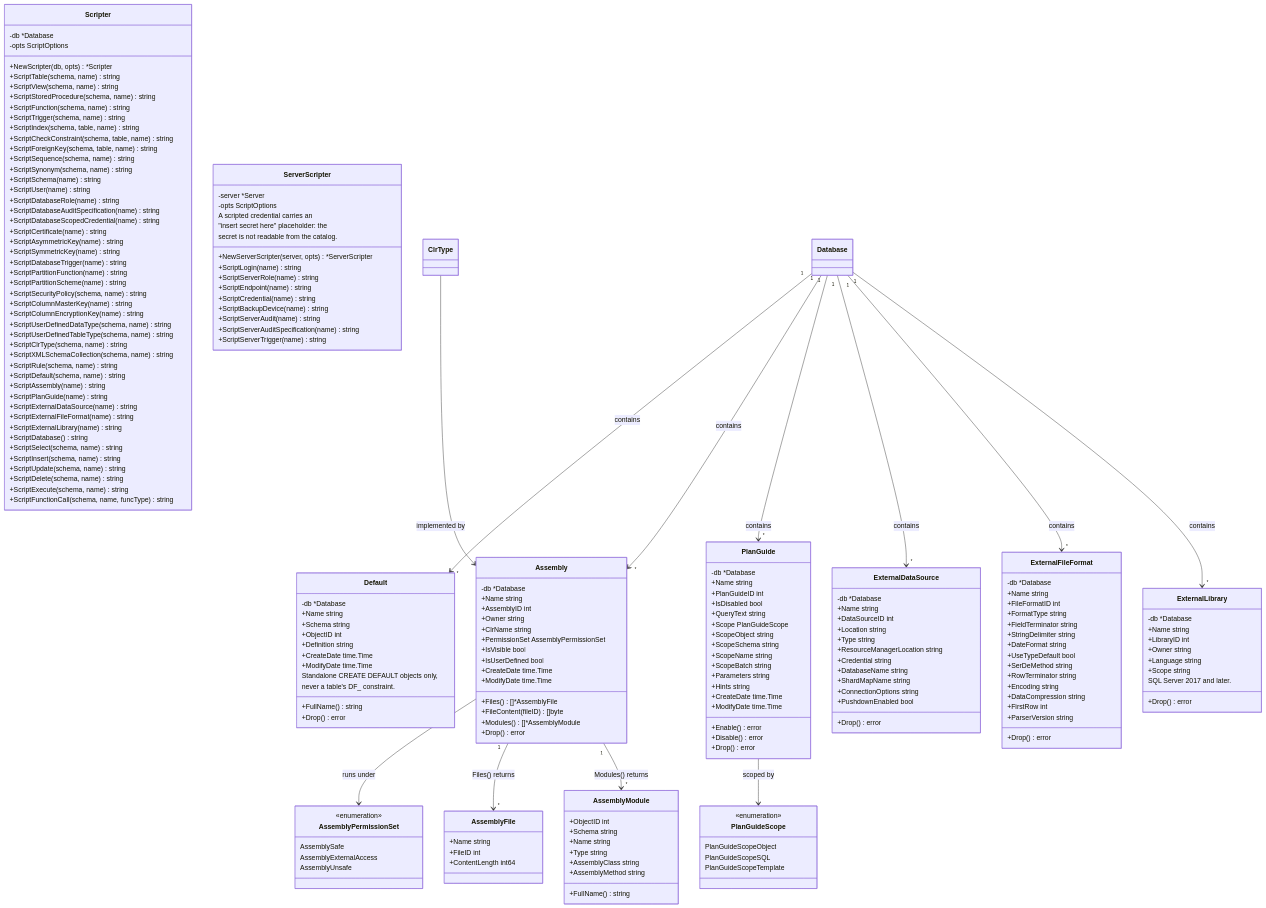
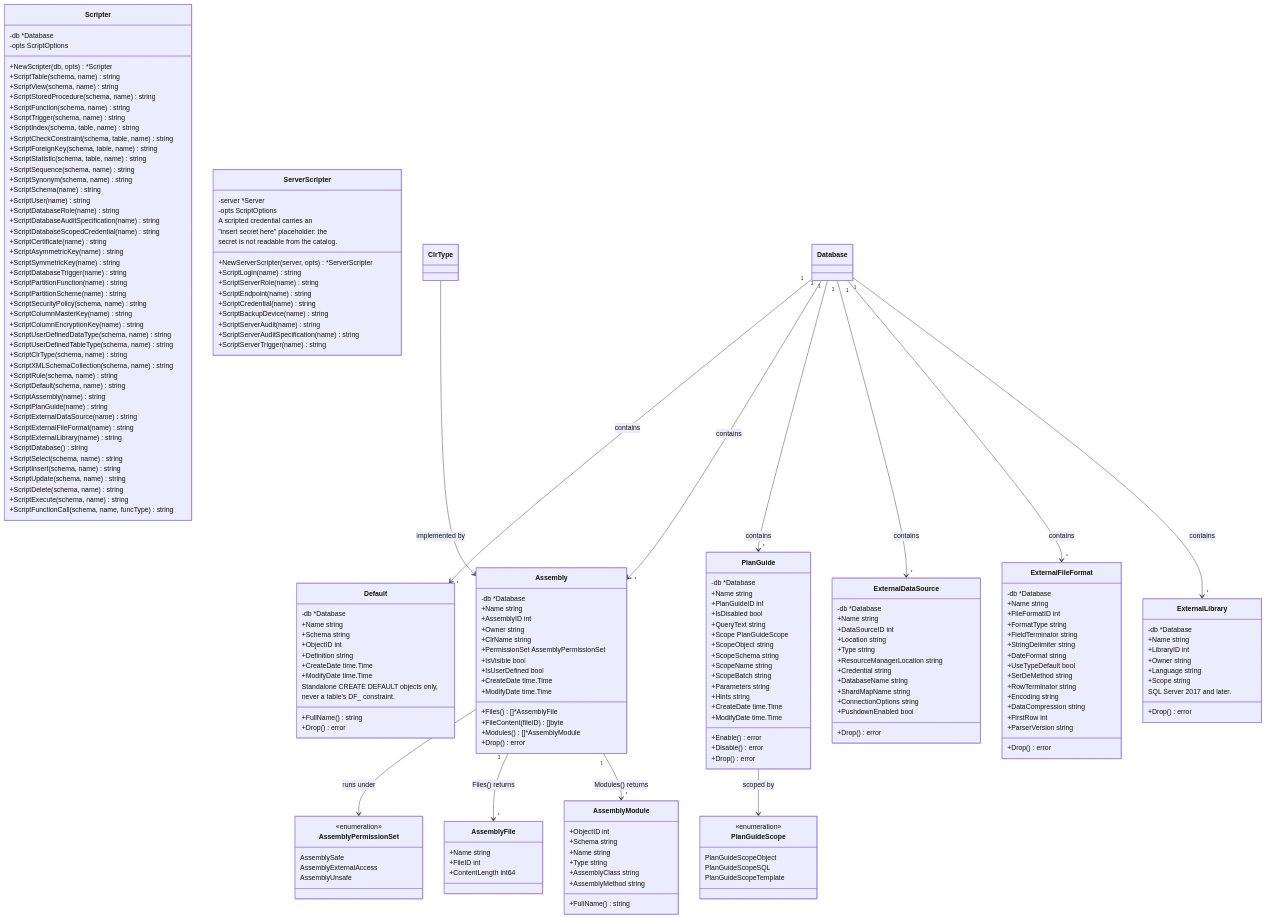
The diagram in diagram/12-programmability-and-external.mmd (radix29/gosmo), drawn with Mermaid before and after one commit. The commit also changed 240 other files, not shown here.

```diff
--- a/diagram/12-programmability-and-external.mmd
+++ b/diagram/12-programmability-and-external.mmd
@@ -151,6 +151,7 @@
         +ScriptIndex(schema, table, name) string
         +ScriptCheckConstraint(schema, table, name) string
         +ScriptForeignKey(schema, table, name) string
+        +ScriptStatistic(schema, table, name) string
         +ScriptSequence(schema, name) string
         +ScriptSynonym(schema, name) string
         +ScriptSchema(name) string
```
